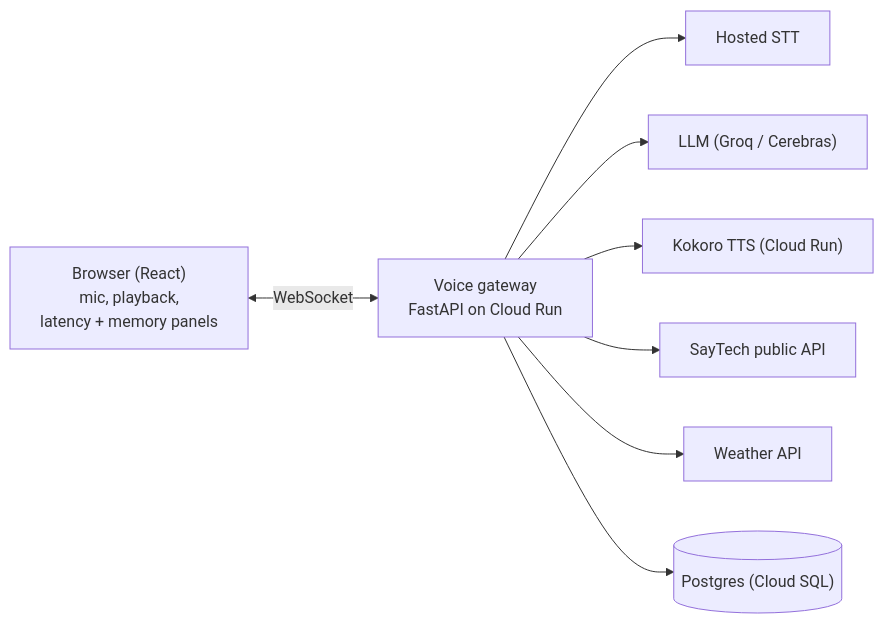
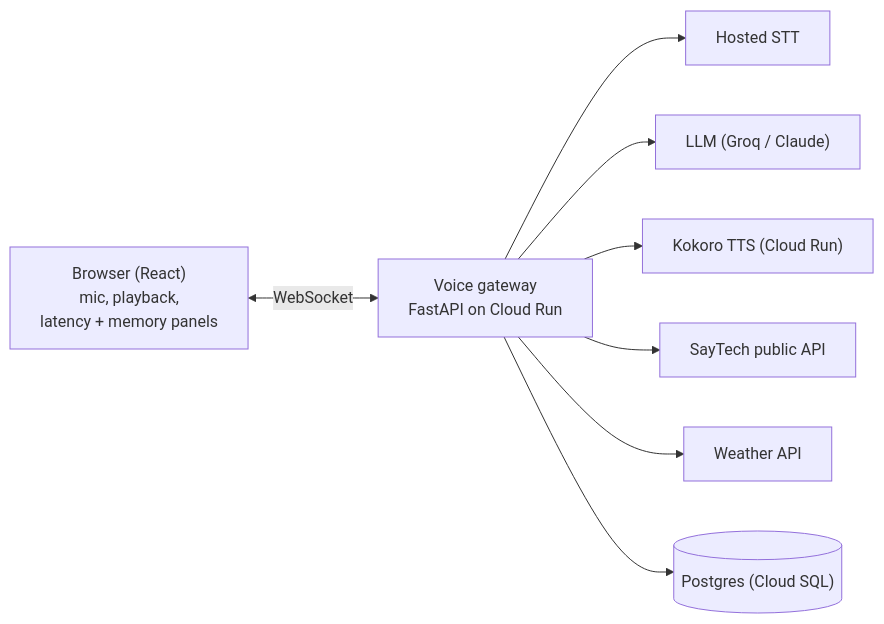
The diagram in docs/PRD.md (ahmedel-tawil/sarjy), drawn with Mermaid before and after one commit. The commit also changed other lines of this file and 3 other files, not shown here.

Commit message:
docs: record groq and claude as switchable providers (M2.15)

````diff
--- a/docs/PRD.md
+++ b/docs/PRD.md
@@ -87,10 +87,10 @@
 ```mermaid
 flowchart LR
     B["Browser (React)<br/>mic, playback,<br/>latency + memory panels"] <-->|WebSocket| G["Voice gateway<br/>FastAPI on Cloud Run"]
     G --> STT["Hosted STT"]
-    G --> LLM["LLM (Groq / Cerebras)"]
+    G --> LLM["LLM (Groq / Claude)"]
     G --> TTS["Kokoro TTS (Cloud Run)"]
     G --> ST["SayTech public API"]
     G --> W["Weather API"]
     G --> DB[("Postgres (Cloud SQL)")]
 ```
````
